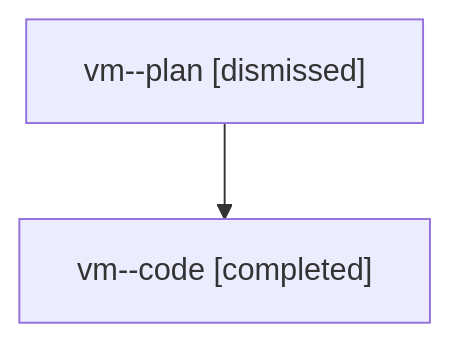
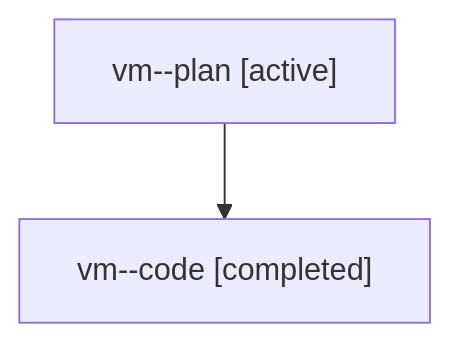
One commit to sase-org/sase--agents changed the diagram in families/bbugyi200.athena.vm.md. Above: the diagram before and after it, drawn with Mermaid. The commit also changed other lines of this file and 35830 other files, not shown here.

````diff
--- a/families/bbugyi200.athena.vm.md
+++ b/families/bbugyi200.athena.vm.md
@@ -9,6 +9,6 @@
 ```mermaid
 flowchart TD
-  n0["vm--plan [dismissed]"]
+  n0["vm--plan [active]"]
   n1["vm--code [completed]"]
   n0 --> n1
 ```
````
